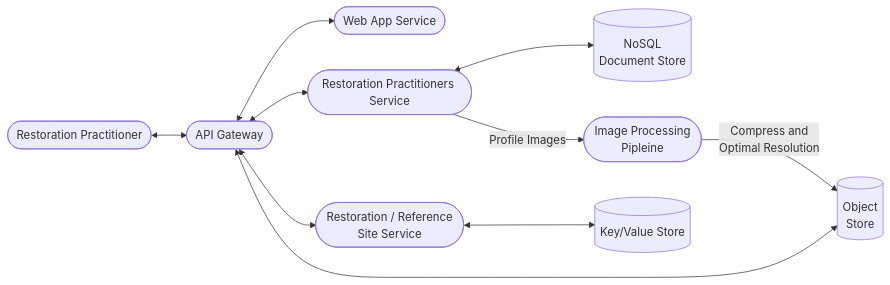
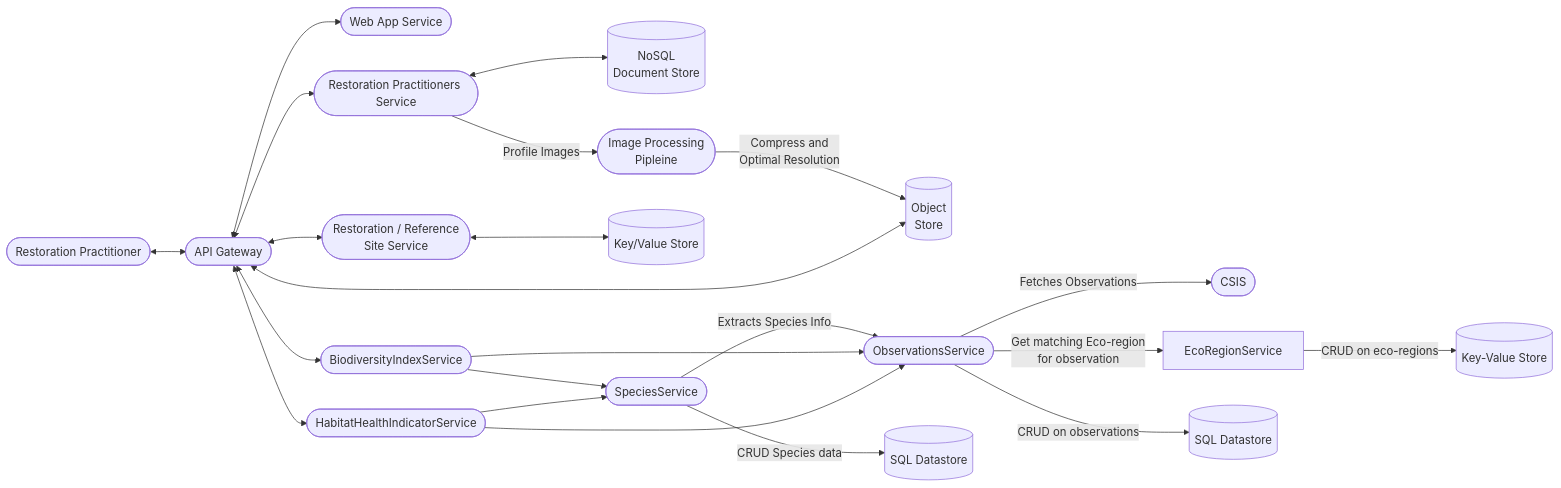
The fourth of 4 diagrams in README.md (maulikdave-fh/bdi), drawn with Mermaid before and after one commit. The commit also changed other lines of this file, not shown here.

Commit message:
update system architecture

````diff
--- a/README.md
+++ b/README.md
@@ -125,13 +126,24 @@
 ```mermaid
     flowchart LR
         RP([Restoration Practitioner]) <--> APIGateway([API Gateway])
         APIGateway <--> WebApp([Web App Service])
         APIGateway <--> RPS([Restoration Practitioners Service])
         RPS <--> RPSSQL[(NoSQL<br/> Document Store)]
         RPS --> |Profile Images| IPP([Image Processing<br/>Pipleine])
         IPP --> |Compress and <br/>Optimal Resolution| ObjStore[(Object <br/>Store)]
         APIGateway <--> Site([Restoration / Reference<br/> Site Service])
         Site <--> RSSSQL[(Key/Value Store)]
         APIGateway <--> ObjStore
-        
+        APIGateway <--> BDS([BiodiversityIndexService])
+        APIGateway <--> HHIS([HabitatHealthIndicatorService])
+        Obs([ObservationsService]) --> |Fetches Observations| CSIS([CSIS])
+        Obs --> |Get matching Eco-region<br/>for observation| EcoRegionService
+        EcoRegionService --> |CRUD on eco-regions| EcoRSQL[(Key-Value Store)]
+        Obs --> |CRUD on observations| ObsSQL[(SQL Datastore)] 
+        Sps([SpeciesService]) --> |Extracts Species Info| Obs
+        Sps --> |CRUD Species data| SpsStore[(SQL Datastore)]
+        BDS --> Sps
+        BDS --> Obs
+        HHIS --> Sps
+        HHIS --> Obs            
 ```
````
